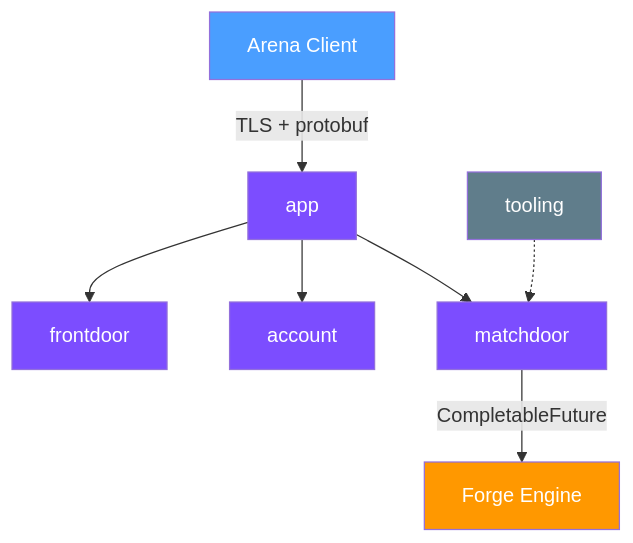
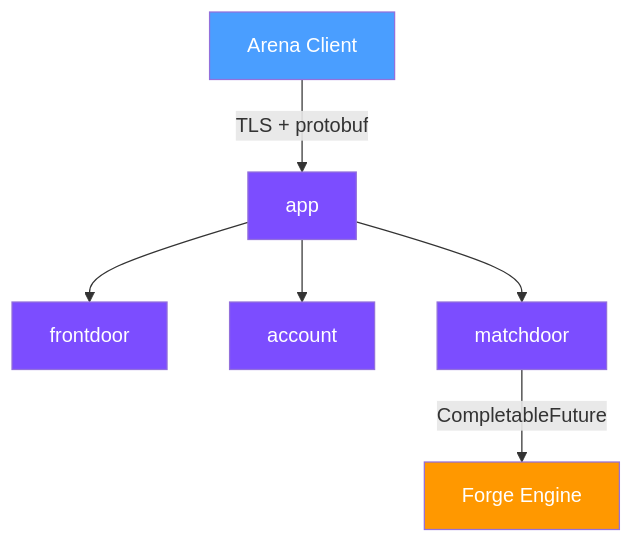
One commit to delebedev/leyline changed the second of 2 diagrams in README.md. Above: the diagram before and after it, drawn with Mermaid. The commit also changed other lines of this file and 2 other files, not shown here.

Commit message:
docs(readme): remove tooling module from architecture diagram

````diff
--- a/README.md
+++ b/README.md
@@ -53,25 +53,22 @@
 ```mermaid
 graph TB
     CLIENT["Arena Client"]
     APP["app"]
     FD["frontdoor"]
     ACCT["account"]
     MD["matchdoor"]
-    TOOL["tooling"]
     ENGINE["Forge Engine"]
 
     CLIENT -- "TLS + protobuf" --> APP
     APP --> FD
     APP --> ACCT
     APP --> MD
     MD -- "CompletableFuture" --> ENGINE
-    TOOL -.-> MD
 
     style CLIENT fill:#4a9eff,color:#fff
     style APP fill:#7c4dff,color:#fff
     style FD fill:#7c4dff,color:#fff
     style ACCT fill:#7c4dff,color:#fff
     style MD fill:#7c4dff,color:#fff
-    style TOOL fill:#607d8b,color:#fff
     style ENGINE fill:#ff9800,color:#fff
 ```
````
